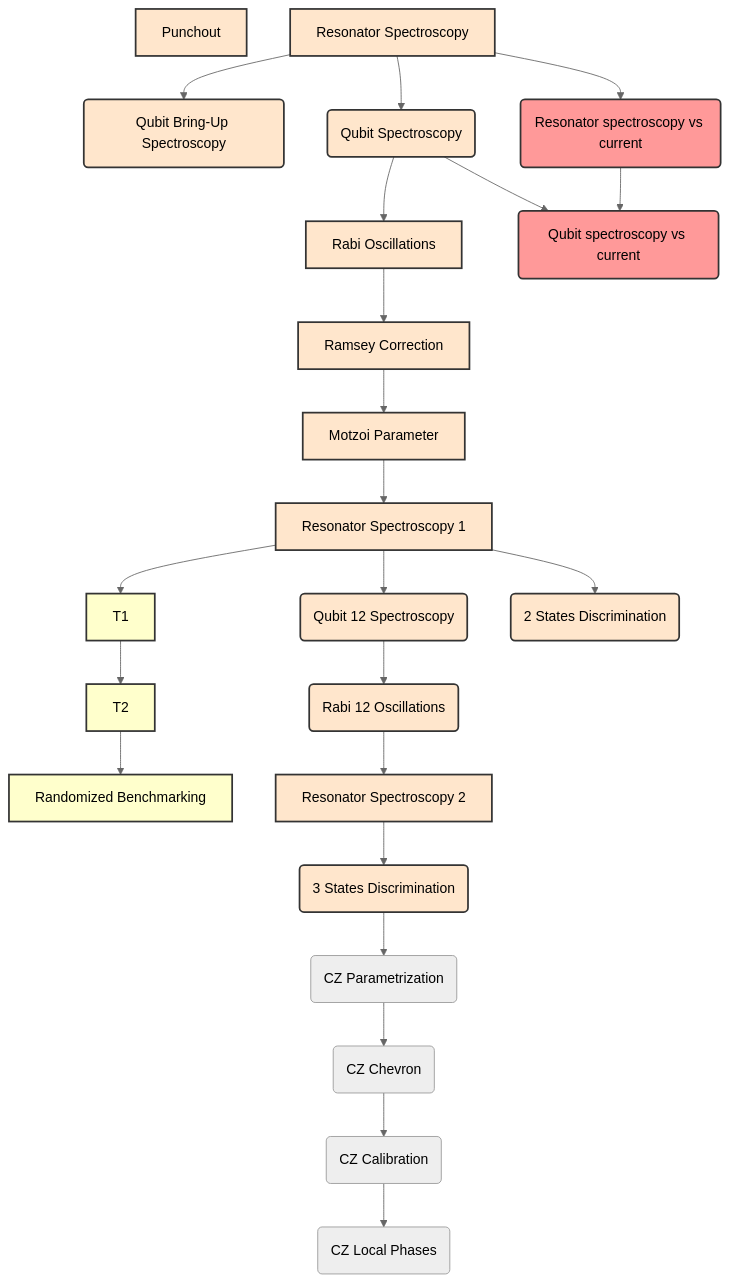
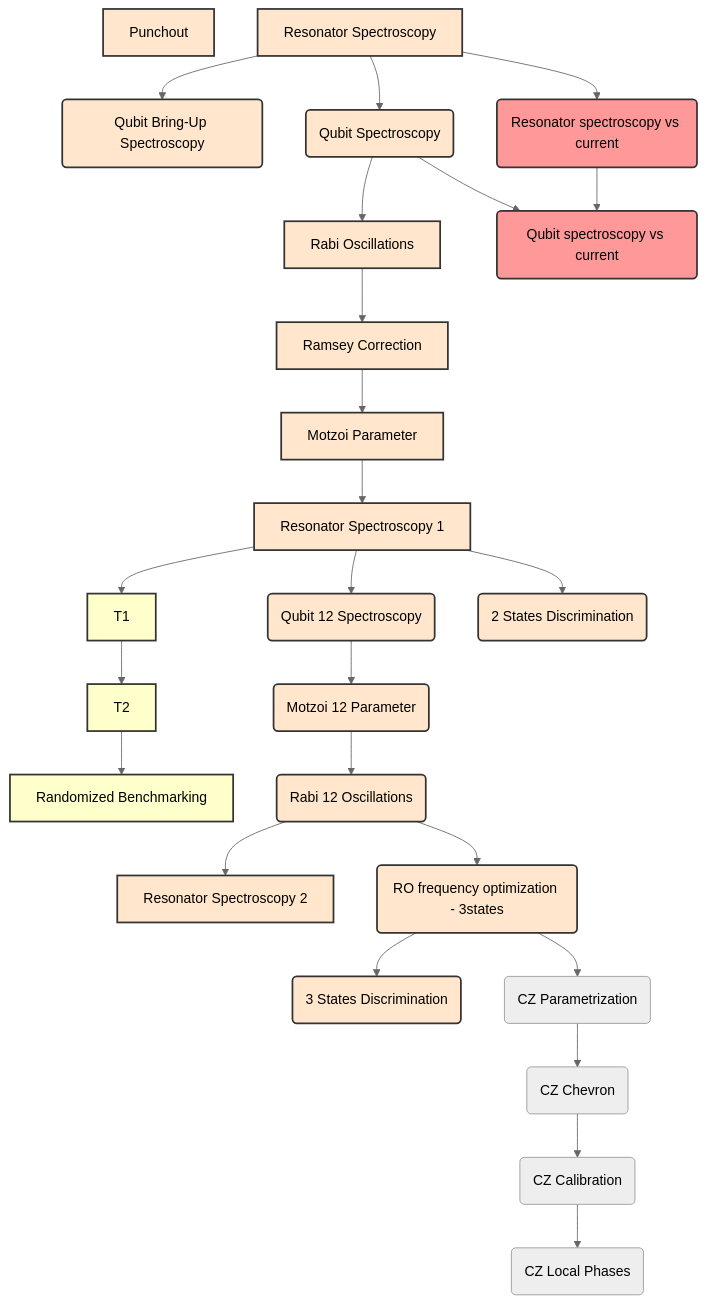
The diagram in docs/node-library/available_nodes.md (tergite/tergite-autocalibration), drawn with Mermaid (neutral theme) before and after one commit.

Commit message:
docs: motzoi 12 in docs

````diff
--- a/docs/node-library/available_nodes.md
+++ b/docs/node-library/available_nodes.md
@@ -3,48 +3,50 @@
 ``` mermaid
 graph TD
     A1[Punchout]
     A[Resonator Spectroscopy]
     A --> B1(Qubit Bring-Up Spectroscopy)
     A --> B(Qubit Spectroscopy)
     B --> C[Rabi Oscillations]
     C --> D[Ramsey Correction]
     D --> E[Motzoi Parameter]
     E --> F[Resonator Spectroscopy 1]
     F --> C1[T1] --> C2[T2] --> C3[Randomized Benchmarking]
-    F --> F1(Qubit 12 Spectroscopy) --> G(Rabi 12 Oscillations) --> G1[Resonator Spectroscopy 2]
+    F --> F1(Qubit 12 Spectroscopy) --> G(Motzoi 12 Parameter)--> G1(Rabi 12 Oscillations) --> G2[Resonator Spectroscopy 2]
     F --> H1(2 States Discrimination)
-    G1 --> H2(3 States Discrimination)
+    G1 --> H2(RO frequency optimization - 3states) --> H3(3 States Discrimination)
     A --> I(Resonator spectroscopy vs current)
     B --> J(Qubit spectroscopy vs current)
     I --> J
     H2 --> K(CZ Parametrization) --> K1(CZ Chevron) --> K2(CZ Calibration) --> K3(CZ Local Phases)
         
     click A href "../nodes/resonator_spectroscopy_node"
     click F href "../nodes/resonator_spectroscopy_node"
     click G1 href "../nodes/resonator_spectroscopy_node"
     click A1 href "../nodes/punchout_node"
     click B href "../nodes/qubit_spectroscopy_node"
     click F1 href "../nodes/qubit_spectroscopy_node"
     click C href "../nodes/rabi_oscillations_node"
     click I href "../nodes/resonator_spectroscopy_vs_current_node"
     click J href "../nodes/qubit_spectroscopy_vs_current_node"
 
     style A fill:#ffe6cc,stroke:#333,stroke-width:2px
     style A1 fill:#ffe6cc,stroke:#333,stroke-width:2px
     style B fill:#ffe6cc,stroke:#333,stroke-width:2px
     style B1 fill:#ffe6cc,stroke:#333,stroke-width:2px
     style C fill:#ffe6cc,stroke:#333,stroke-width:2px
     style D fill:#ffe6cc,stroke:#333,stroke-width:2px
     style E fill:#ffe6cc,stroke:#333,stroke-width:2px
     style F fill:#ffe6cc,stroke:#333,stroke-width:2px
     style C1 fill:#ffffcc,stroke:#333,stroke-width:2px
     style C2 fill:#ffffcc,stroke:#333,stroke-width:2px
     style C3 fill:#ffffcc,stroke:#333,stroke-width:2px
     style F1 fill:#ffe6cc,stroke:#333,stroke-width:2px
     style G fill:#ffe6cc,stroke:#333,stroke-width:2px
     style G1 fill:#ffe6cc,stroke:#333,stroke-width:2px
+    style G2 fill:#ffe6cc,stroke:#333,stroke-width:2px
     style H1 fill:#ffe6cc,stroke:#333,stroke-width:2px
     style H2 fill:#ffe6cc,stroke:#333,stroke-width:2px
+    style H3 fill:#ffe6cc,stroke:#333,stroke-width:2px
     style I fill:#ff9999,stroke:#333,stroke-width:2px
     style J fill:#ff9999,stroke:#333,stroke-width:2px
 ```
````
